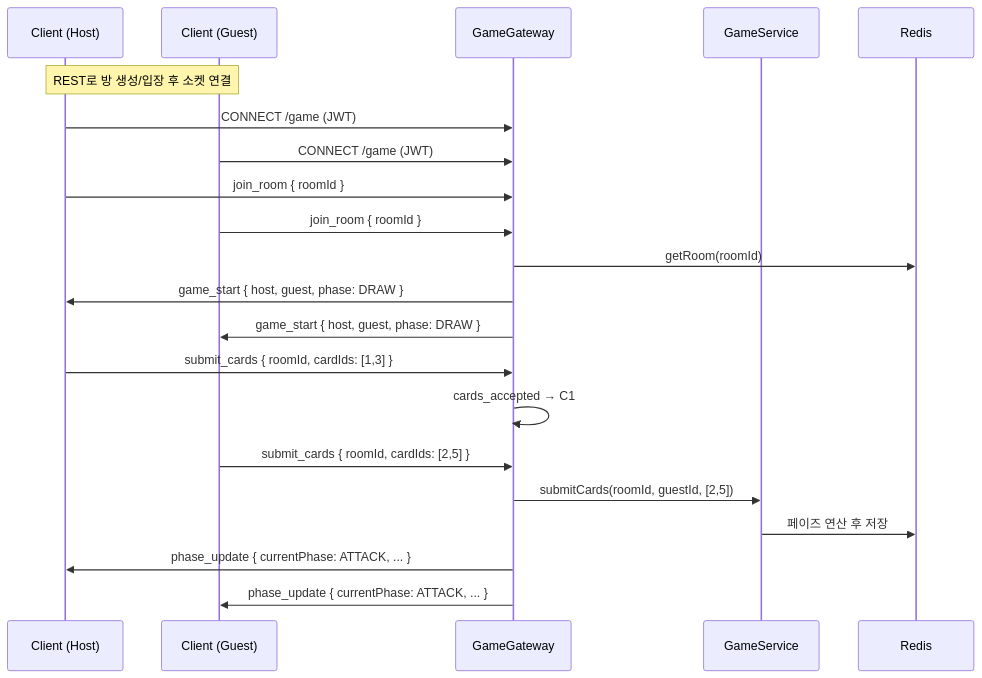
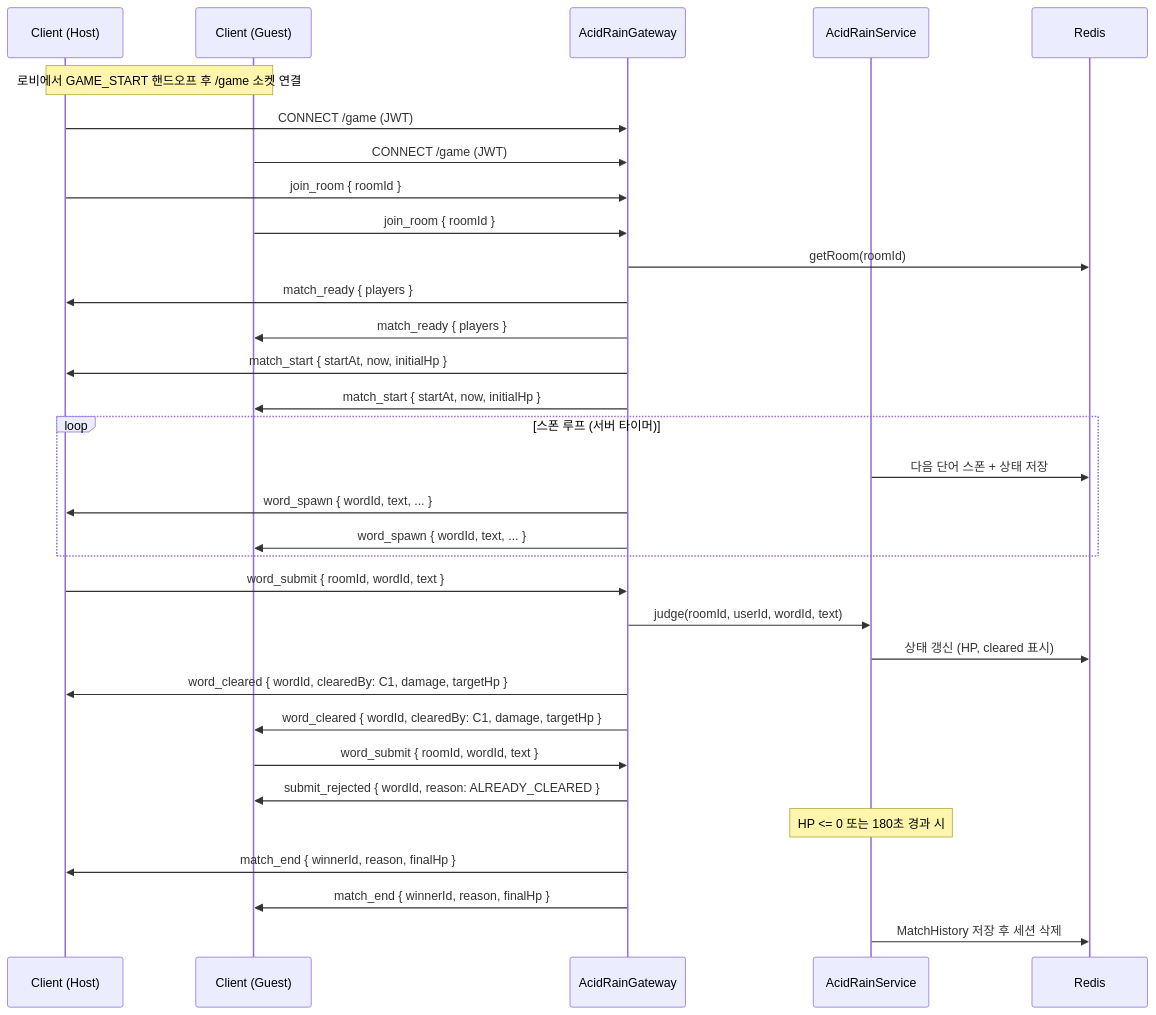
The fifth of 5 diagrams in architecture_design/WEBSOCKET_PROTOCOL.md (222transcendence/transcendence_deploy), drawn with Mermaid before and after one commit. The commit also changed other lines of this file and 6 other files, not shown here.

First line of the commit message:
docs: 게임 설계를 TCG 카드 듀얼에서 산성비(Acid Rain) 타자 대전으로 전면 재작성

````diff
--- a/architecture_design/WEBSOCKET_PROTOCOL.md
+++ b/architecture_design/WEBSOCKET_PROTOCOL.md
@@ -368,25 +355,38 @@
 ```mermaid
 sequenceDiagram
     participant C1 as Client (Host)
     participant C2 as Client (Guest)
-    participant G as GameGateway
-    participant S as GameService
+    participant G as AcidRainGateway
+    participant S as AcidRainService
     participant R as Redis
 
-    Note over C1,C2: REST로 방 생성/입장 후 소켓 연결
+    Note over C1,C2: 로비에서 GAME_START 핸드오프 후 /game 소켓 연결
     C1->>G: CONNECT /game (JWT)
     C2->>G: CONNECT /game (JWT)
     C1->>G: join_room { roomId }
     C2->>G: join_room { roomId }
     G->>R: getRoom(roomId)
-    G->>C1: game_start { host, guest, phase: DRAW }
-    G->>C2: game_start { host, guest, phase: DRAW }
+    G->>C1: match_ready { players }
+    G->>C2: match_ready { players }
+    G->>C1: match_start { startAt, now, initialHp }
+    G->>C2: match_start { startAt, now, initialHp }
 
-    C1->>G: submit_cards { roomId, cardIds: [1,3] }
-    G->>G: cards_accepted → C1
-    C2->>G: submit_cards { roomId, cardIds: [2,5] }
-    G->>S: submitCards(roomId, guestId, [2,5])
-    S->>R: 페이즈 연산 후 저장
-    G->>C1: phase_update { currentPhase: ATTACK, ... }
-    G->>C2: phase_update { currentPhase: ATTACK, ... }
+    loop 스폰 루프 (서버 타이머)
+        S->>R: 다음 단어 스폰 + 상태 저장
+        G->>C1: word_spawn { wordId, text, ... }
+        G->>C2: word_spawn { wordId, text, ... }
+    end
+
+    C1->>G: word_submit { roomId, wordId, text }
+    G->>S: judge(roomId, userId, wordId, text)
+    S->>R: 상태 갱신 (HP, cleared 표시)
+    G->>C1: word_cleared { wordId, clearedBy: C1, damage, targetHp }
+    G->>C2: word_cleared { wordId, clearedBy: C1, damage, targetHp }
+    C2->>G: word_submit { roomId, wordId, text }
+    G->>C2: submit_rejected { wordId, reason: ALREADY_CLEARED }
+
+    Note over S: HP <= 0 또는 180초 경과 시
+    G->>C1: match_end { winnerId, reason, finalHp }
+    G->>C2: match_end { winnerId, reason, finalHp }
+    S->>R: MatchHistory 저장 후 세션 삭제
 ```
````
